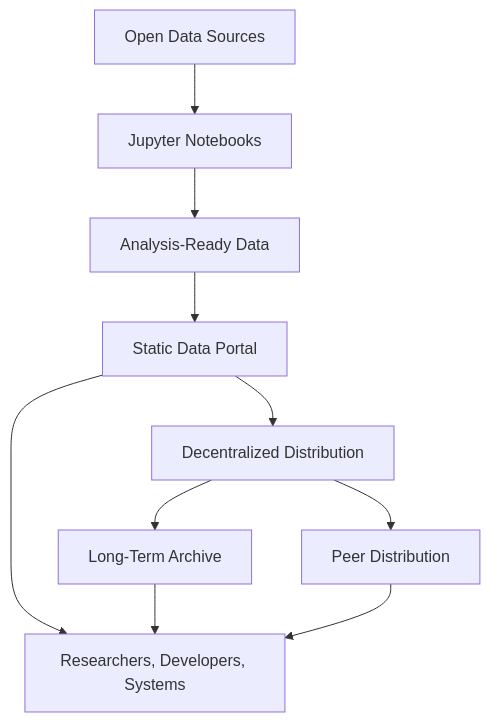
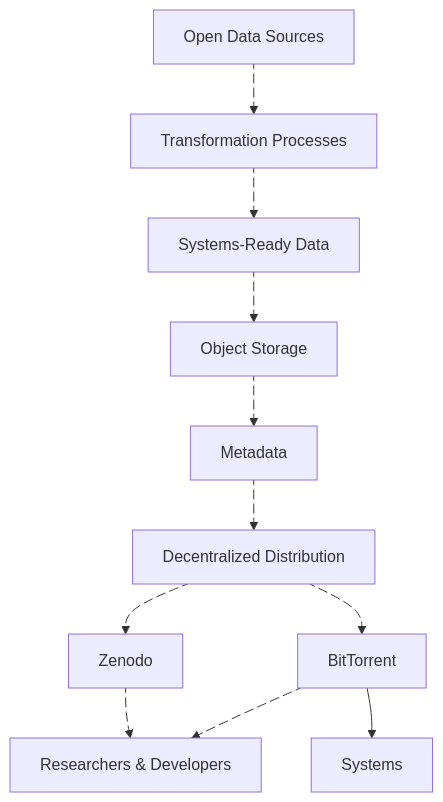
One commit to dataforcanada/www.dataforcanada.org changed the diagram in content/docs/dissemination/_index.md. Above: the diagram before and after it, drawn with Mermaid. The commit also changed other lines of this file and 1 other file, not shown here.

Commit message:
Simplified high-level overview diagrams. Still needs improvement

````diff
--- a/content/docs/dissemination/_index.md
+++ b/content/docs/dissemination/_index.md
@@ -19,29 +19,39 @@
 ```mermaid
 
 flowchart TD
     Sources[Open Data Sources]
+    Processes[Transformation Processes]
+    Artifacts[Systems-Ready Data]
+    Portal[Object Storage]
+    Metadata[Metadata]
+    Distribution[Decentralized Distribution]
+    Zenodo[Zenodo]
+    Torrent[BitTorrent]
+    Users[Researchers & Developers]
+    Systems[Systems]
 
-    Notebook[Jupyter Notebooks]
+    Sources a1@--> Processes
+    a1@{animate: true, animation: slow}
+    Processes a2@--> Artifacts
+    a2@{animate: true, animation: slow}
+    Artifacts a3@--> Portal
+    a3@{animate: true, animation: slow}
+    Portal a4@--> Metadata
+    a4@{animate: true, animation: fast}
+    Metadata a5@--> Distribution
+    a5@{animate: true, animation: fast}
 
-    Artifacts[Analysis-Ready Data]
+    Distribution a6@--> Zenodo
+    a6@{animate: true, animation: slow}
+    Distribution a7@--> Torrent
+    a7@{animate: true, animation: slow}
 
-    Portal[Static Data Portal]
-    Distribution[Decentralized Distribution]
+    Zenodo a9@--> Users
+    a9@{animate: true, animation: slow}
+    Torrent a10@--> Users
+    a10@{animate: true, animation: fast}
+    Torrent a11@--> Systems
+    a10@{animate: true, animation: fast}
 
-    Zenodo[Long-Term Archive]
-    Torrent[Peer Distribution]
-
-    Users[Researchers, Developers, Systems]
-
-    Sources --> Notebook
-    Notebook --> Artifacts
-    Artifacts --> Portal
-    Portal --> Distribution
-
-    Distribution --> Zenodo
-    Distribution --> Torrent
-
-    Portal --> Users
-    Zenodo --> Users
-    Torrent --> Users
+    click Zenodo "https://zenodo.org/communities/dataforcanada" _blank
 ```
````
